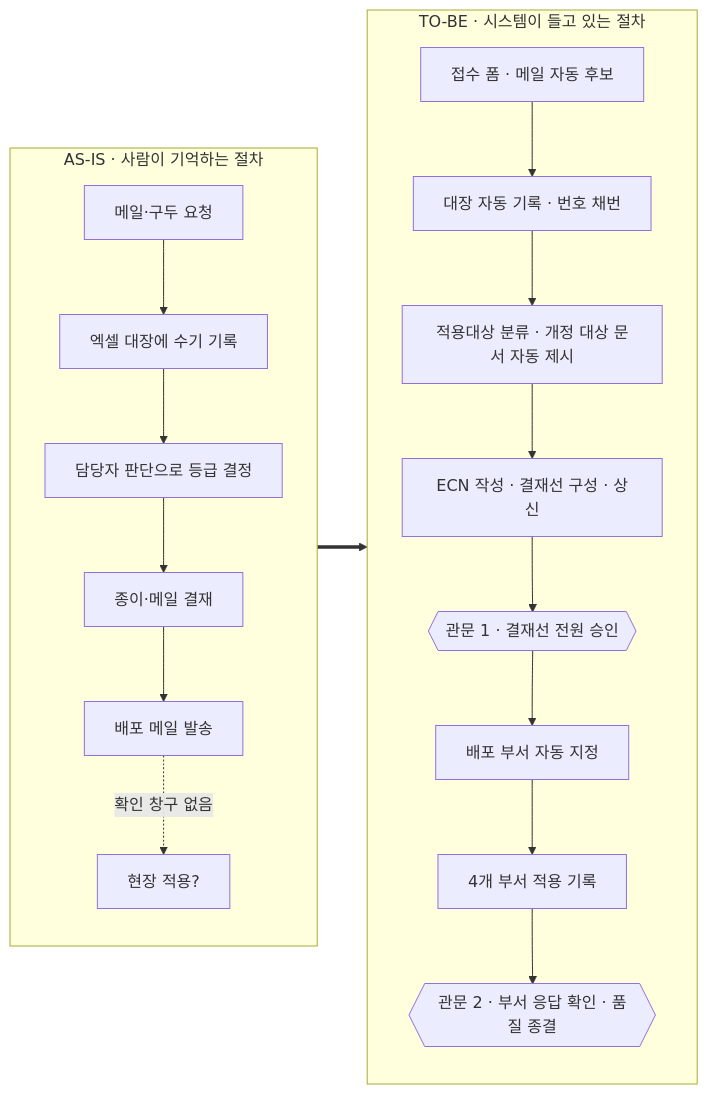
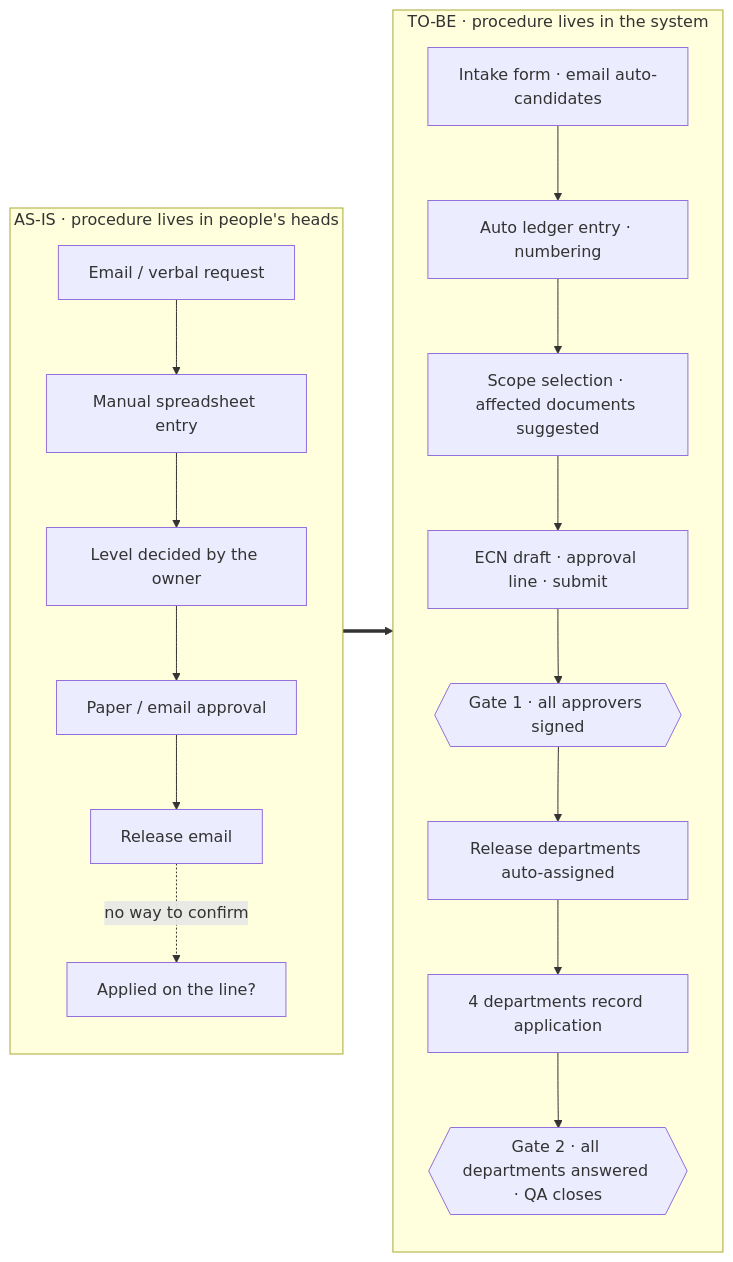
Before and after one commit to hupositoc/product-lifecycle-platform: the first of 3 diagrams in README.md, drawn with Mermaid. The commit also changed other lines of this file and 14 other files, not shown here.

````diff
--- a/README.md
+++ b/README.md
@@ -69,22 +71,22 @@
 ```mermaid
 flowchart LR
-    subgraph AS-IS["AS-IS · 사람이 기억하는 절차"]
+    subgraph AS-IS["AS-IS · procedure lives in people's heads"]
         direction TB
-        a1[메일·구두 요청] --> a2[엑셀 대장에 수기 기록]
-        a2 --> a3[담당자 판단으로 등급 결정]
-        a3 --> a4[종이·메일 결재]
-        a4 --> a5[배포 메일 발송]
-        a5 -.확인 창구 없음.-> a6[현장 적용?]
+        a1[Email / verbal request] --> a2[Manual spreadsheet entry]
+        a2 --> a3[Level decided by the owner]
+        a3 --> a4[Paper / email approval]
+        a4 --> a5[Release email]
+        a5 -.no way to confirm.-> a6[Applied on the line?]
     end
-    subgraph TO-BE["TO-BE · 시스템이 들고 있는 절차"]
+    subgraph TO-BE["TO-BE · procedure lives in the system"]
         direction TB
-        b1[접수 폼 · 메일 자동 후보] --> b2[대장 자동 기록 · 번호 채번]
-        b2 --> b3[적용대상 분류 · 개정 대상 문서 자동 제시]
-        b3 --> b4[ECN 작성 · 결재선 구성 · 상신]
-        b4 --> G1{{관문 1 · 결재선 전원 승인}}
-        G1 --> b5[배포 부서 자동 지정]
-        b5 --> b6[4개 부서 적용 기록]
-        b6 --> G2{{관문 2 · 부서 응답 확인 · 품질 종결}}
+        b1[Intake form · email auto-candidates] --> b2[Auto ledger entry · numbering]
+        b2 --> b3[Scope selection · affected documents suggested]
+        b3 --> b4[ECN draft · approval line · submit]
+        b4 --> G1{{Gate 1 · all approvers signed}}
+        G1 --> b5[Release departments auto-assigned]
+        b5 --> b6[4 departments record application]
+        b6 --> G2{{Gate 2 · all departments answered · QA closes}}
     end
     AS-IS ==> TO-BE
 ```
````
